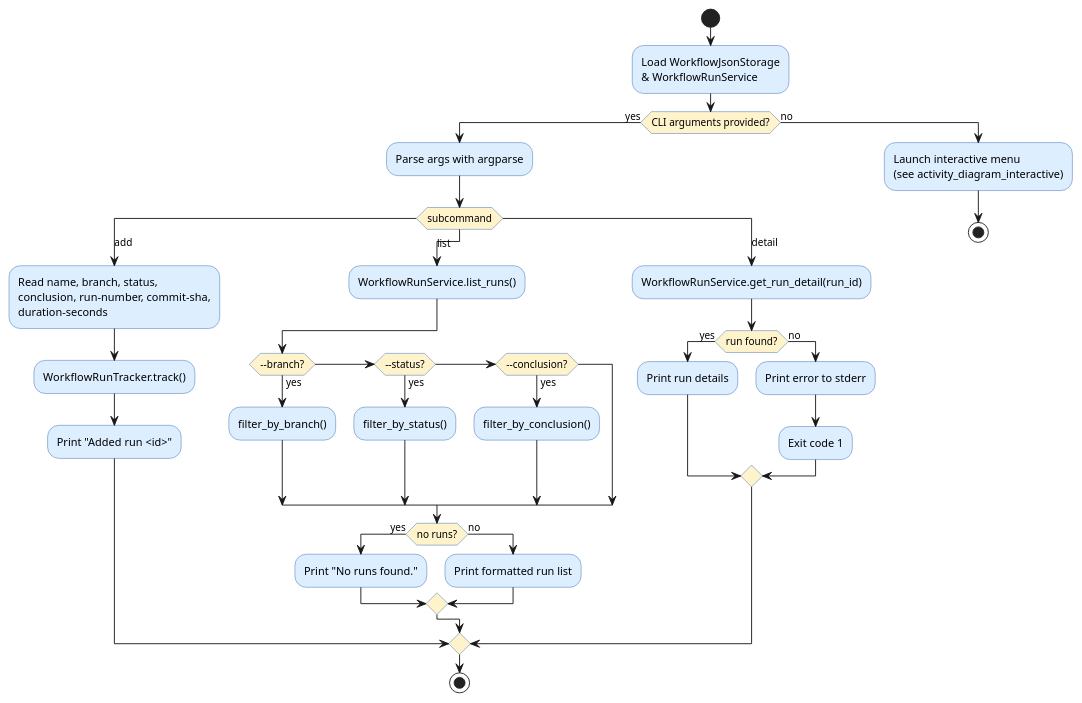
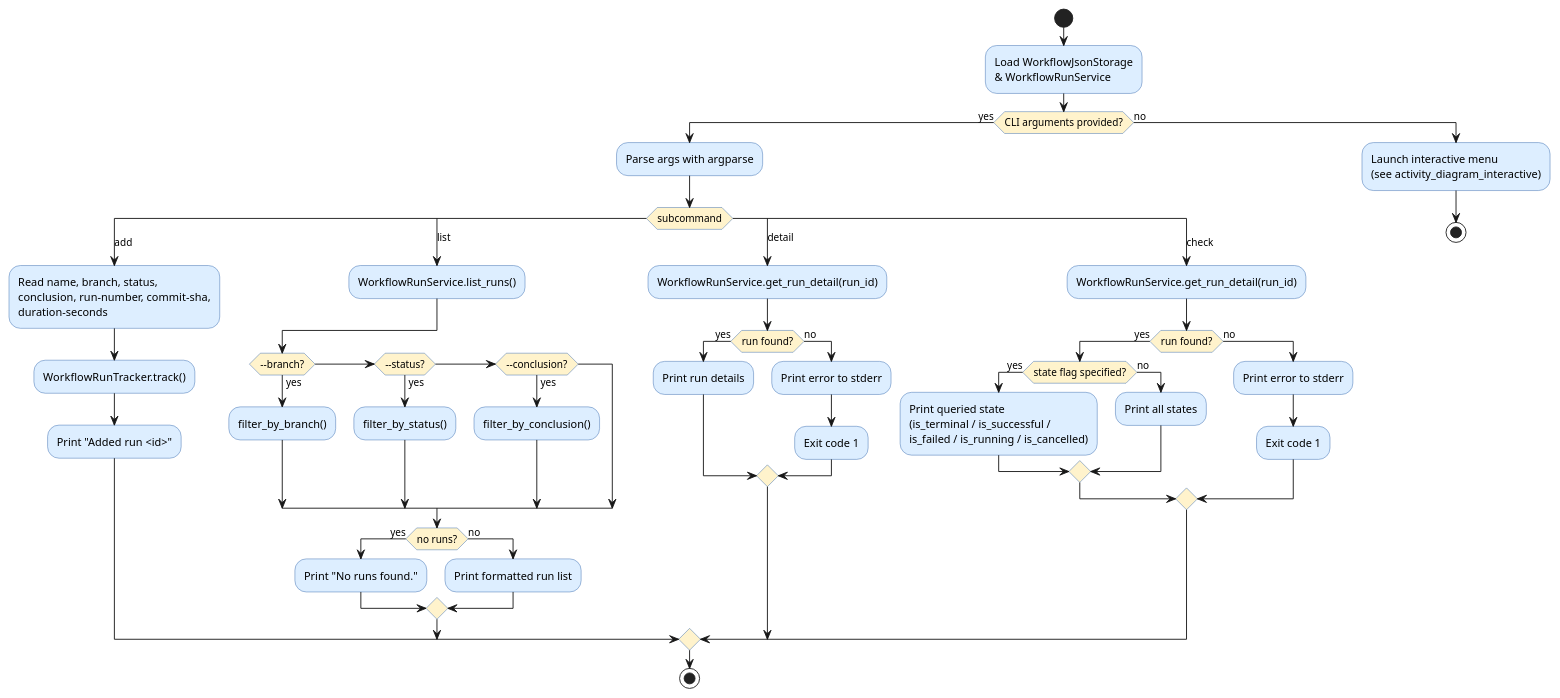
The diagram in experiments/pipeline/user_stories/github-workflow-manager/artifacts/activity_diagram_main.puml (DanielRiha8906/Software_autoevolution_using_agents), drawn with PlantUML before and after one commit. The commit also changed 10 other files, not shown here.

```diff
--- a/experiments/pipeline/user_stories/github-workflow-manager/artifacts/activity_diagram_main.puml
+++ b/experiments/pipeline/user_stories/github-workflow-manager/artifacts/activity_diagram_main.puml
@@ -1,52 +1,65 @@
 @startuml activity_diagram_main
 
 skinparam activityBackgroundColor #DDEEFF
 skinparam activityBorderColor     #3366AA
 skinparam activityDiamondBackgroundColor #FFF3CC
 
 start
 
 :Load WorkflowJsonStorage\n& WorkflowRunService;
 
 if (CLI arguments provided?) then (yes)
   :Parse args with argparse;
   switch (subcommand)
 
     case (add)
       :Read name, branch, status,\nconclusion, run-number, commit-sha,\nduration-seconds;
       :WorkflowRunTracker.track();
       :Print "Added run <id>";
 
     case (list)
       :WorkflowRunService.list_runs();
       if (--branch?) then (yes)
         :filter_by_branch();
       elseif (--status?) then (yes)
         :filter_by_status();
       elseif (--conclusion?) then (yes)
         :filter_by_conclusion();
       endif
       if (no runs?) then (yes)
         :Print "No runs found.";
       else (no)
         :Print formatted run list;
       endif
 
     case (detail)
       :WorkflowRunService.get_run_detail(run_id);
       if (run found?) then (yes)
         :Print run details;
       else (no)
         :Print error to stderr;
         :Exit code 1;
       endif
 
+    case (check)
+      :WorkflowRunService.get_run_detail(run_id);
+      if (run found?) then (yes)
+        if (state flag specified?) then (yes)
+          :Print queried state\n(is_terminal / is_successful /\nis_failed / is_running / is_cancelled);
+        else (no)
+          :Print all states;
+        endif
+      else (no)
+        :Print error to stderr;
+        :Exit code 1;
+      endif
+
   endswitch
   stop
 
 else (no)
   :Launch interactive menu\n(see activity_diagram_interactive);
   stop
 endif
 
 @enduml
```
